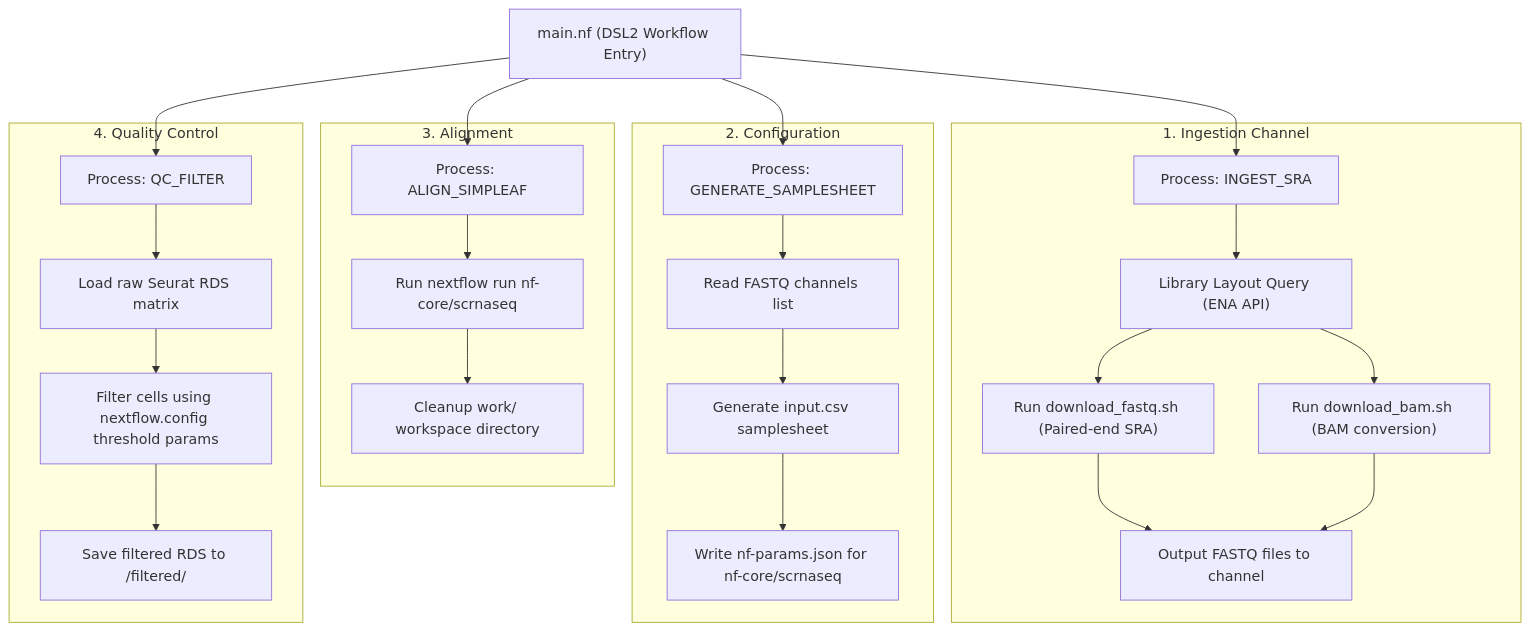
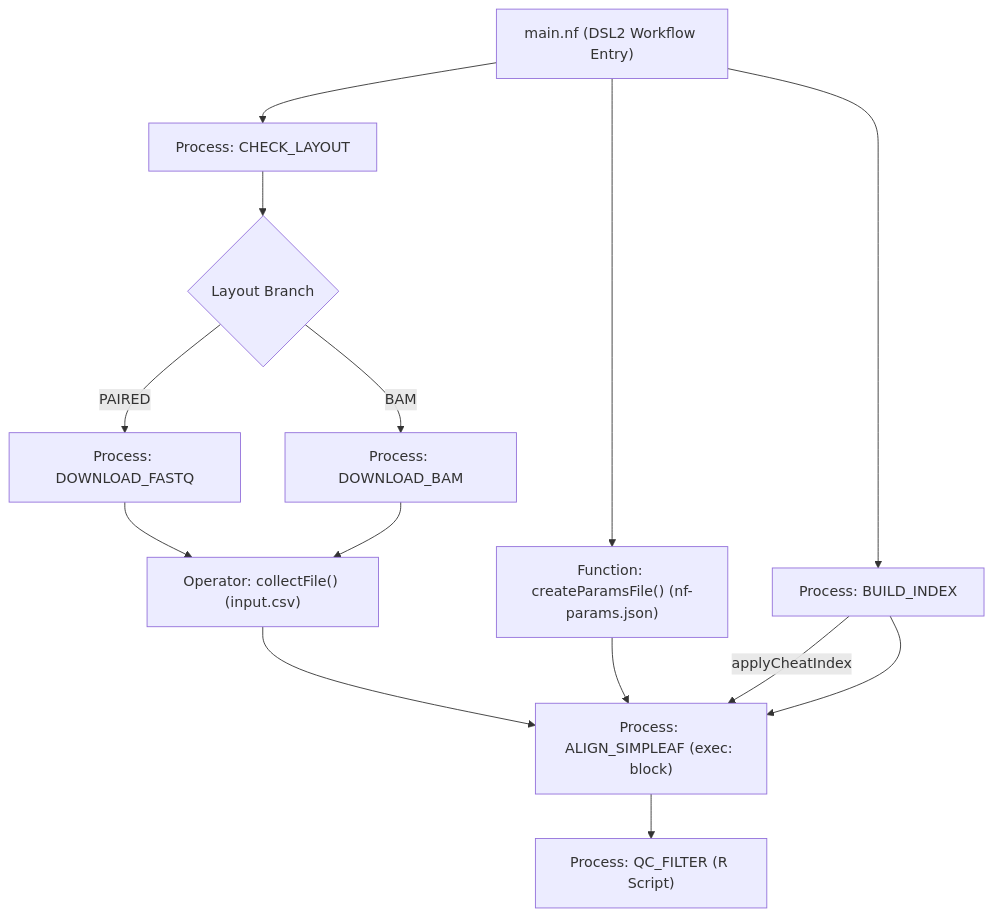
One commit to ldelitala/sc-isoform-cotan changed the diagram in docs/7_script_architecture.md. Above: the diagram before and after it, drawn with Mermaid. The commit also changed other lines of this file and 22 other files, not shown here.

Commit message:
Hardening validations and fixing index layout checks

````diff
--- a/docs/7_script_architecture.md
+++ b/docs/7_script_architecture.md
@@ -13,31 +13,13 @@
 ```mermaid
 graph TD
-    A["main.nf (DSL2 Workflow Entry)"] --> B["Process: INGEST_SRA"]
-    A --> C["Process: GENERATE_SAMPLESHEET"]
-    A --> D["Process: ALIGN_SIMPLEAF"]
-    A --> E["Process: QC_FILTER"]
-    
-    subgraph 1. Ingestion Channel
-        B --> B1["Library Layout Query (ENA API)"]
-        B1 --> B2["Run download_fastq.sh (Paired-end SRA)"]
-        B1 --> B3["Run download_bam.sh (BAM conversion)"]
-        B2 & B3 --> B4["Output FASTQ files to channel"]
-    end
-    
-    subgraph 2. Configuration
-        C --> C1["Read FASTQ channels list"]
-        C1 --> C2["Generate input.csv samplesheet"]
-        C2 --> C3["Write nf-params.json for nf-core/scrnaseq"]
-    end
-    
-    subgraph 3. Alignment
-        D --> D1["Run nextflow run nf-core/scrnaseq"]
-        D1 --> D2["Cleanup work/ workspace directory"]
-    end
-    
-    subgraph 4. Quality Control
-        E --> E1["Load raw Seurat RDS matrix"]
-        E1 --> E2["Filter cells using nextflow.config threshold params"]
-        E2 --> E3["Save filtered RDS to /filtered/"]
-    end
+    A["main.nf (DSL2 Workflow Entry)"] --> B["Process: CHECK_LAYOUT"]
+    B --> C{Layout Branch}
+    C -->|PAIRED| D["Process: DOWNLOAD_FASTQ"]
+    C -->|BAM| E["Process: DOWNLOAD_BAM"]
+    D & E --> F["Operator: collectFile() (input.csv)"]
+    A --> G["Function: createParamsFile() (nf-params.json)"]
+    A --> O["Process: BUILD_INDEX"]
+    O -->|applyCheatIndex| H
+    F & G & O --> H["Process: ALIGN_SIMPLEAF (exec: block)"]
+    H --> I["Process: QC_FILTER (R Script)"]
 ```
````
